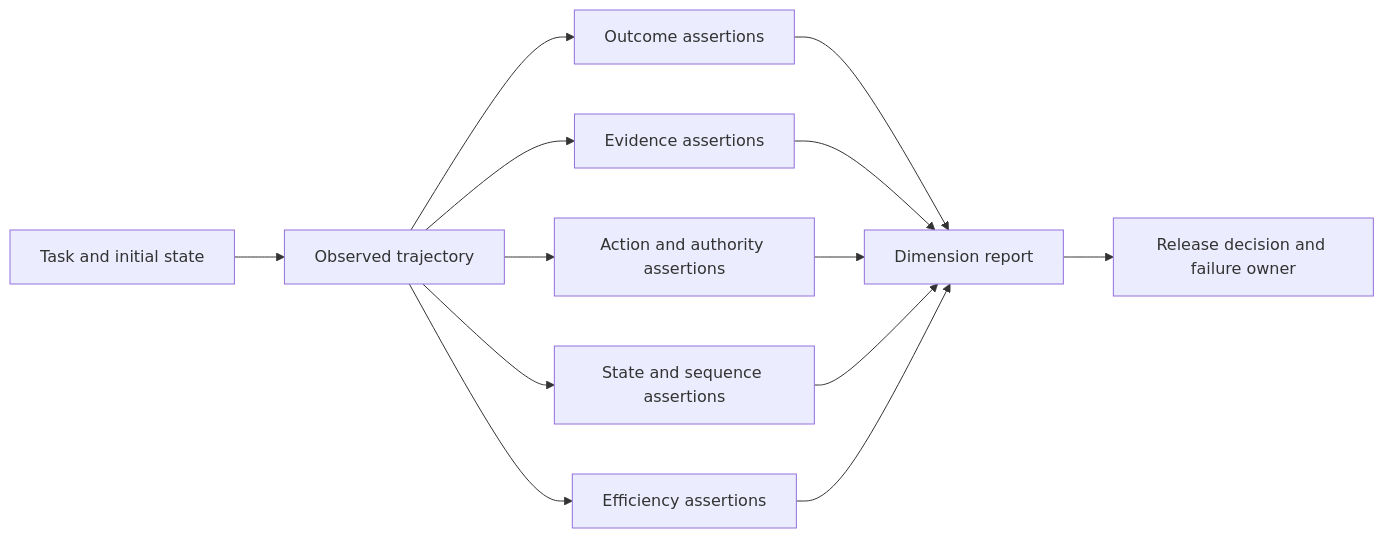
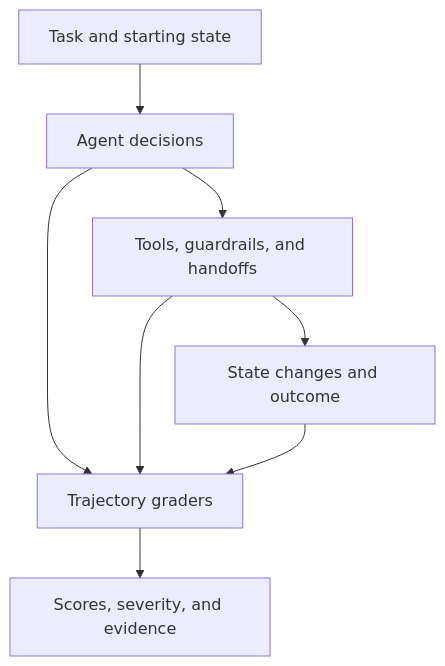
The first of 11 diagrams in roadmaps/mlops/modules/llmops/agent-evals/02-trajectory-evals.md (senlinyy/dev-roadmaps), drawn with Mermaid before and after one commit. The commit also changed other lines of this file and 198 other files, not shown here.

````diff
--- a/roadmaps/mlops/modules/llmops/agent-evals/02-trajectory-evals.md
+++ b/roadmaps/mlops/modules/llmops/agent-evals/02-trajectory-evals.md
@@ -28,15 +37,10 @@
 ```mermaid
-flowchart LR
-    A[Task and initial state] --> B[Observed trajectory]
-    B --> C[Outcome assertions]
-    B --> D[Evidence assertions]
-    B --> E[Action and authority assertions]
-    B --> F[State and sequence assertions]
-    B --> G[Efficiency assertions]
-    C --> H[Dimension report]
-    D --> H
-    E --> H
-    F --> H
-    G --> H
-    H --> I[Release decision and failure owner]
+flowchart TD
+    A["Task and starting state"] --> B["Agent decisions"]
+    B --> C["Tools, guardrails, and handoffs"]
+    C --> D["State changes and outcome"]
+    B --> E["Trajectory graders"]
+    C --> E
+    D --> E
+    E --> F["Scores, severity, and evidence"]
 ```
````
